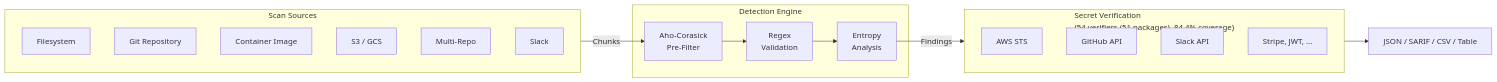
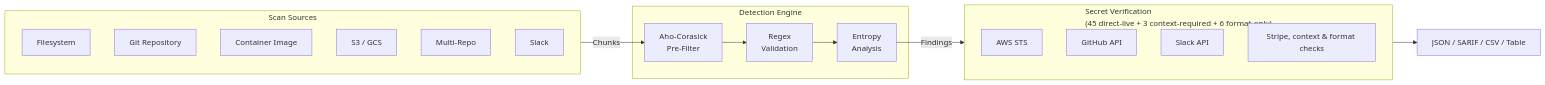
One commit to cemililik/Leakwatch changed the first of 4 diagrams in docs/guides/getting-started.md. Above: the diagram before and after it, drawn with Mermaid. The commit also changed other lines of this file and 35 other files, not shown here.

````diff
--- a/docs/guides/getting-started.md
+++ b/docs/guides/getting-started.md
@@ -22,30 +22,30 @@
 ```mermaid
 flowchart LR
     subgraph Sources["Scan Sources"]
         S1["Filesystem"]
         S2["Git Repository"]
         S3["Container Image"]
         S4["S3 / GCS"]
         S5["Multi-Repo"]
         S6["Slack"]
     end
 
     subgraph Engine["Detection Engine"]
         E1["Aho-Corasick\nPre-Filter"]
         E2["Regex\nValidation"]
         E3["Entropy\nAnalysis"]
     end
 
-    subgraph Verification["Secret Verification\n(54 verifiers (51 packages), 84.4% coverage)"]
+    subgraph Verification["Secret Verification\n(45 direct-live + 3 context-required + 6 format-only)"]
         V1["AWS STS"]
         V2["GitHub API"]
         V3["Slack API"]
-        V4["Stripe, JWT, ..."]
+        V4["Stripe, context & format checks"]
     end
 
     Sources -->|Chunks| E1
     E1 --> E2
     E2 --> E3
     E3 -->|Findings| Verification
     Verification --> Output["JSON / SARIF / CSV / Table"]
 ```
````
